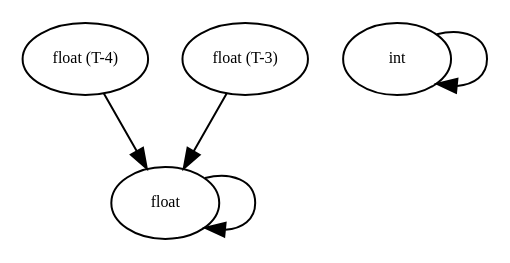
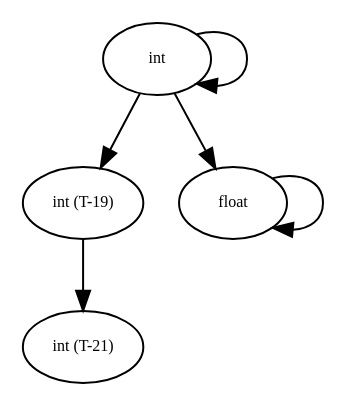
The diagram in graphs/debug_tree1.dot (amso100/livescript-declarations), drawn with Graphviz before and after one commit. The commit also changed 14 other files, not shown here.

```diff
--- a/graphs/debug_tree1.dot
+++ b/graphs/debug_tree1.dot
@@ -1,37 +1,41 @@
 digraph RGL__DirectedAdjacencyGraph {
-    float [
+    "int (T-19)" [
         fontsize = 8,
-        label = float
+        label = "int (T-19)"
+    ]
+
+    "int (T-21)" [
+        fontsize = 8,
+        label = "int (T-21)"
     ]
 
     int [
         fontsize = 8,
         label = int
     ]
 
-    "float (T-4)" [
+    float [
         fontsize = 8,
-        label = "float (T-4)"
+        label = float
     ]
 
-    "float (T-3)" [
-        fontsize = 8,
-        label = "float (T-3)"
+    "int (T-19)" -> "int (T-21)" [
+        fontsize = 8
     ]
 
-    float -> float [
+    int -> "int (T-19)" [
         fontsize = 8
     ]
 
     int -> int [
         fontsize = 8
     ]
 
-    "float (T-4)" -> float [
+    int -> float [
         fontsize = 8
     ]
 
-    "float (T-3)" -> float [
+    float -> float [
         fontsize = 8
     ]
 }
```
